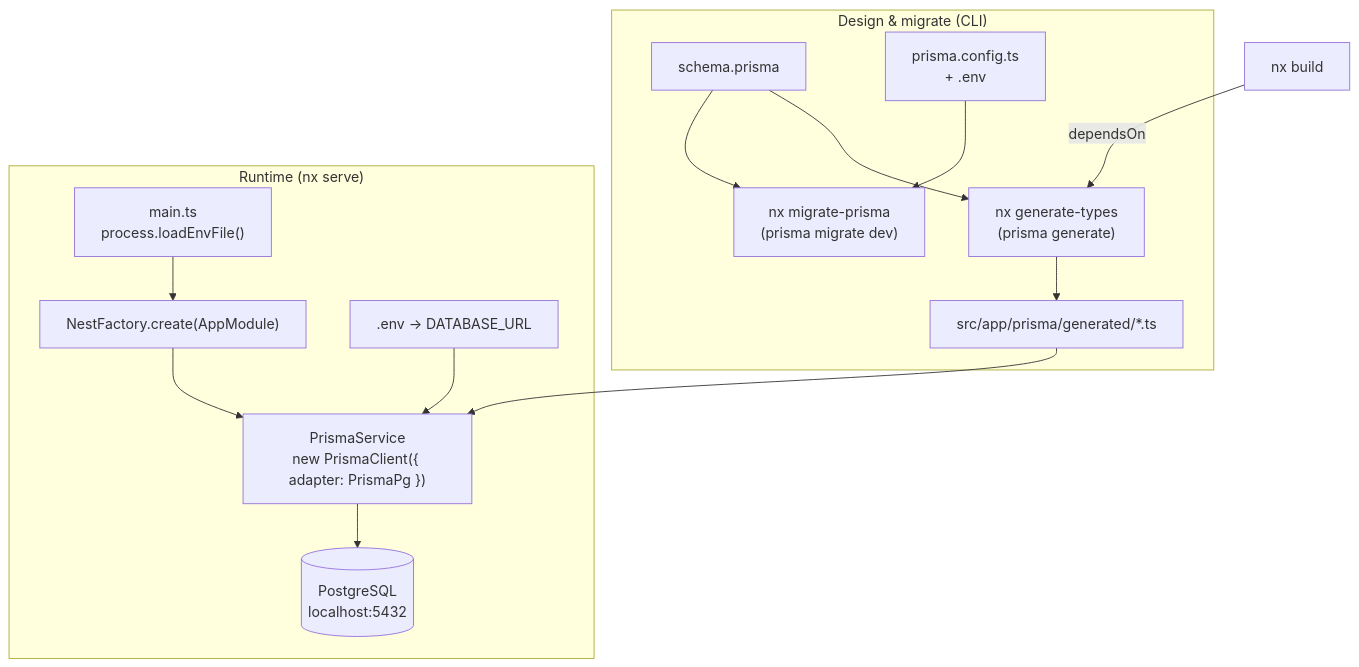
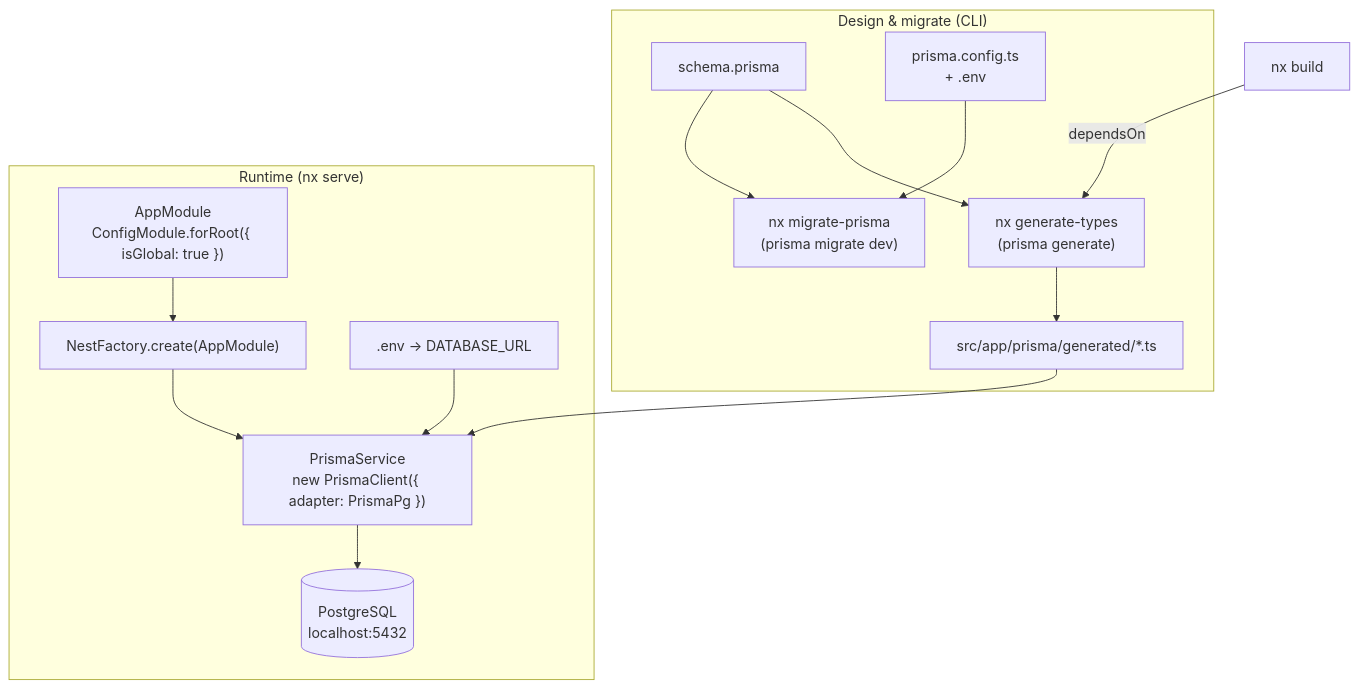
One commit to tarunchopra1012/nx-jobber changed the fourth of 4 diagrams in docs/prisma-6-to-7-migration.md. Above: the diagram before and after it, drawn with Mermaid. The commit also changed other lines of this file and 23 other files, not shown here.

````diff
--- a/docs/prisma-6-to-7-migration.md
+++ b/docs/prisma-6-to-7-migration.md
@@ -378,17 +376,17 @@
 ```mermaid
 flowchart TD
   subgraph Dev["Design & migrate (CLI)"]
     SCHEMA["schema.prisma"] --> GEN["nx generate-types<br/>(prisma generate)"]
     SCHEMA --> MIG["nx migrate-prisma<br/>(prisma migrate dev)"]
     CFG["prisma.config.ts<br/>+ .env"] --> MIG
     GEN --> GENDIR["src/app/prisma/generated/*.ts"]
   end
   subgraph App["Runtime (nx serve)"]
-    MAIN["main.ts<br/>process.loadEnvFile()"] --> BOOT["NestFactory.create(AppModule)"]
+    MAIN["AppModule<br/>ConfigModule.forRoot({ isGlobal: true })"] --> BOOT["NestFactory.create(AppModule)"]
     BOOT --> SVC["PrismaService<br/>new PrismaClient({ adapter: PrismaPg })"]
     GENDIR --> SVC
     ENV[".env → DATABASE_URL"] --> SVC
     SVC --> PG[("PostgreSQL<br/>localhost:5432")]
   end
   BUILD["nx build"] -->|dependsOn| GEN
 ```
````
